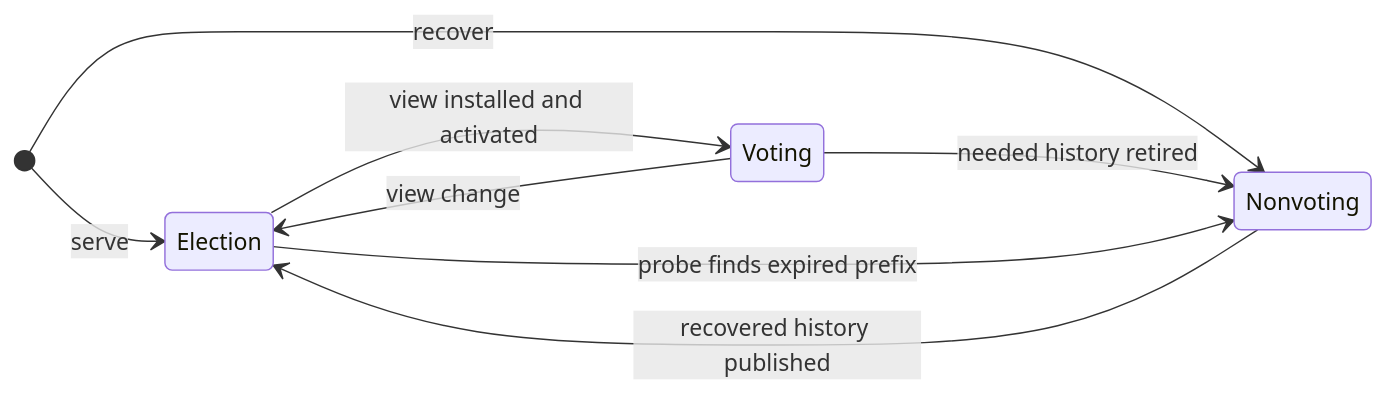
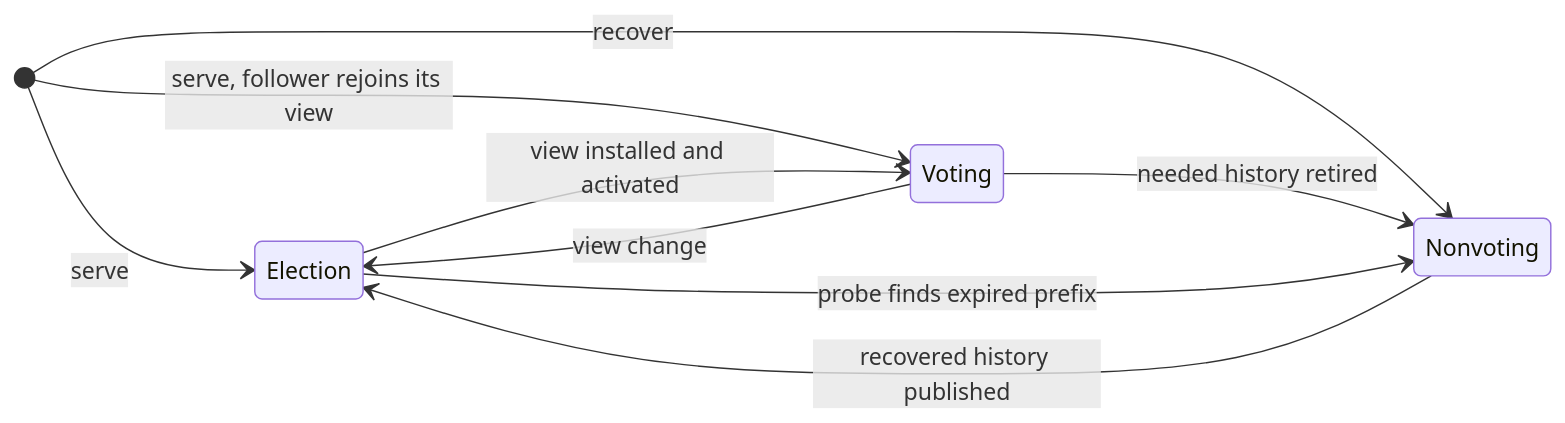
One commit to paddor/ozzy changed the second of 2 diagrams in doc/REPLICATION.md. Above: the diagram before and after it, drawn with Mermaid. The commit also changed other lines of this file and 22 other files, not shown here.

First line of the commit message:
Let a restarted follower rejoin its installed view

````diff
--- a/doc/REPLICATION.md
+++ b/doc/REPLICATION.md
@@ -179,11 +179,12 @@
 ```mermaid
 stateDiagram-v2
     direction LR
     [*] --> Election: serve
+    [*] --> Voting: serve, follower rejoins its view
     [*] --> Nonvoting: recover
     Election --> Voting: view installed and activated
     Voting --> Election: view change
     Voting --> Nonvoting: needed history retired
     Election --> Nonvoting: probe finds expired prefix
     Nonvoting --> Election: recovered history published
 ```
````
